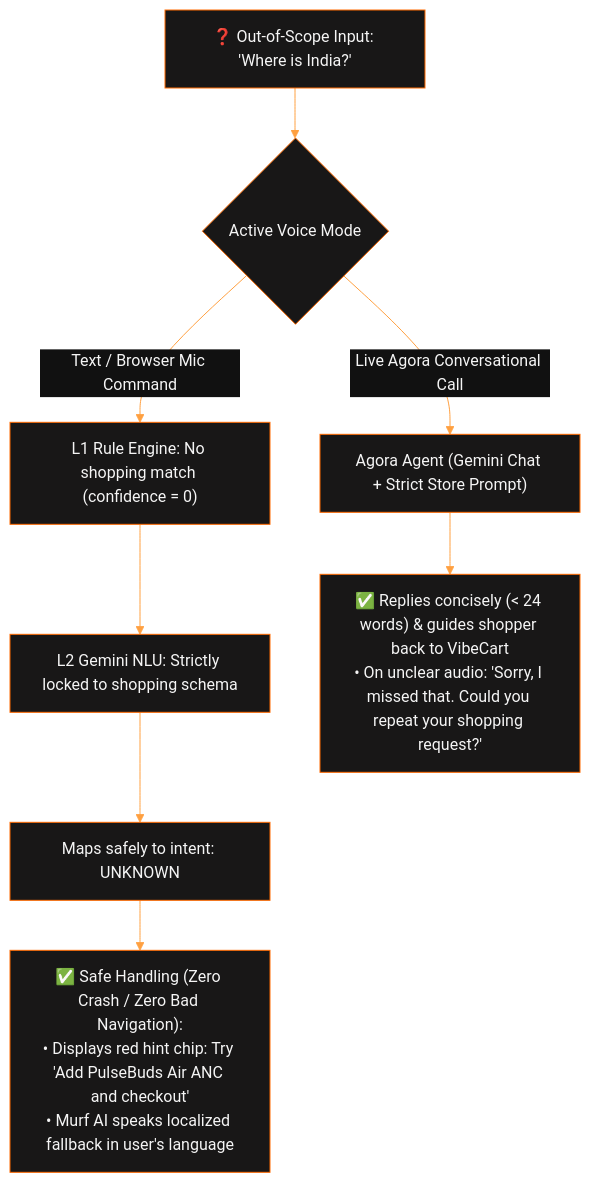
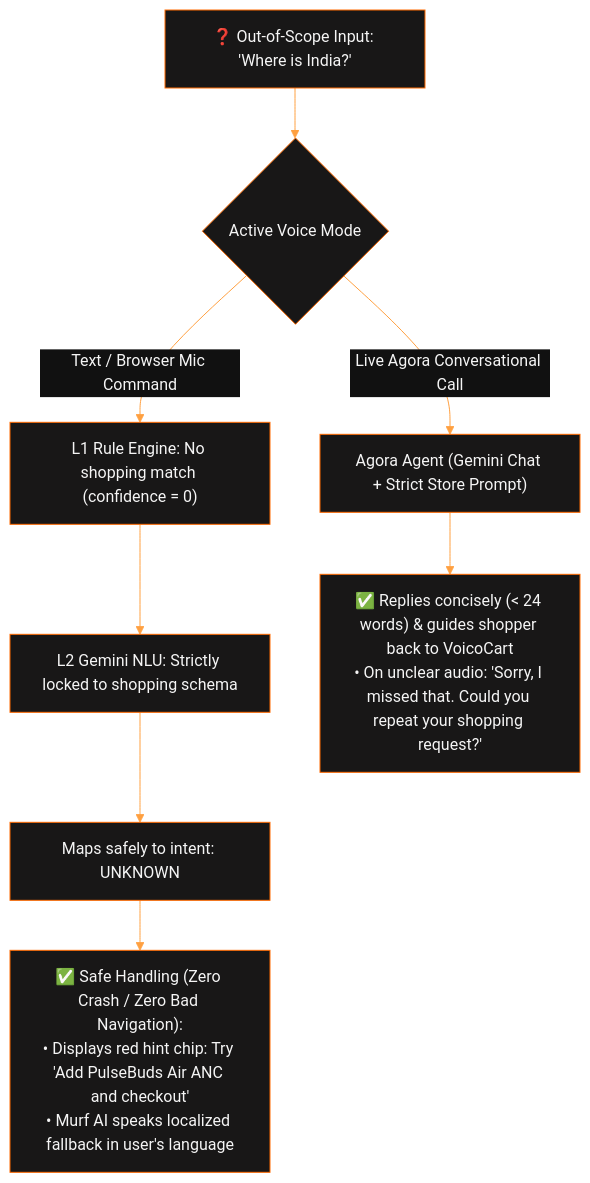
The fourth of 4 diagrams in README.md (cognosolution-cpu/buildathon), drawn with Mermaid before and after one commit. The commit also changed other lines of this file and 33 other files, not shown here.

First line of the commit message:
chore: rename project from VibeCart to VoicoCart

````diff
--- a/README.md
+++ b/README.md
@@ -238,13 +238,13 @@
 ```mermaid
 %%{init: {'theme': 'base', 'themeVariables': { 'background': '#050505', 'primaryColor': '#181717', 'primaryBorderColor': '#FF6A00', 'primaryTextColor': '#F5F5F5', 'lineColor': '#FFA040', 'edgeLabelBackground': '#111111' }}}%%
 flowchart TD
     Query["❓ Out-of-Scope Input: 'Where is India?'"] --> Mode{"Active Voice Mode"}
 
     Mode -- "Text / Browser Mic Command" --> RuleCheck["L1 Rule Engine: No shopping match (confidence = 0)"]
     RuleCheck --> GeminiCheck["L2 Gemini NLU: Strictly locked to shopping schema"]
     GeminiCheck --> Unknown["Maps safely to intent: UNKNOWN"]
     Unknown --> SafeUI["✅ Safe Handling (Zero Crash / Zero Bad Navigation):\n• Displays red hint chip: Try 'Add PulseBuds Air ANC and checkout'\n• Murf AI speaks localized fallback in user's language"]
 
     Mode -- "Live Agora Conversational Call" --> AgoraLLM["Agora Agent (Gemini Chat + Strict Store Prompt)"]
-    AgoraLLM --> GuardReply["✅ Replies concisely (< 24 words) & guides shopper back to VibeCart\n• On unclear audio: 'Sorry, I missed that. Could you repeat your shopping request?'"]
+    AgoraLLM --> GuardReply["✅ Replies concisely (< 24 words) & guides shopper back to VoicoCart\n• On unclear audio: 'Sorry, I missed that. Could you repeat your shopping request?'"]
 ```
````
